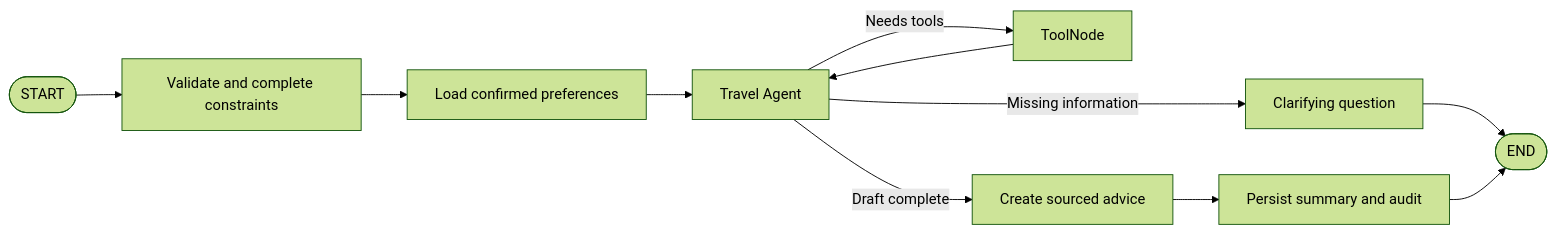
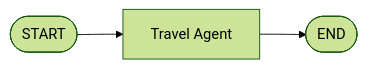
The third of 3 diagrams in docs/architecture-design.md (DOcrazyG/travel_assistant), drawn with Mermaid (forest theme) before and after one commit. The commit also changed other lines of this file and 6 other files, not shown here.

````diff
--- a/docs/architecture-design.md
+++ b/docs/architecture-design.md
@@ -183,13 +177,5 @@
 ```mermaid
 flowchart LR
-    Start([START]) --> Validate[Validate and complete constraints]
-    Validate --> LoadMemory[Load confirmed preferences]
-    LoadMemory --> Agent[Travel Agent]
-    Agent -->|Needs tools| Tools[ToolNode]
-    Tools --> Agent
-    Agent -->|Missing information| Clarify[Clarifying question]
-    Agent -->|Draft complete| Compose[Create sourced advice]
-    Clarify --> End([END])
-    Compose --> Persist[Persist summary and audit]
-    Persist --> End
+    Start([START]) --> Agent[Travel Agent]
+    Agent --> End([END])
 ```
````
